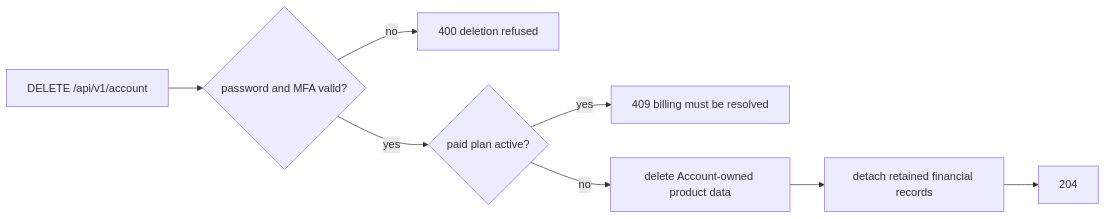
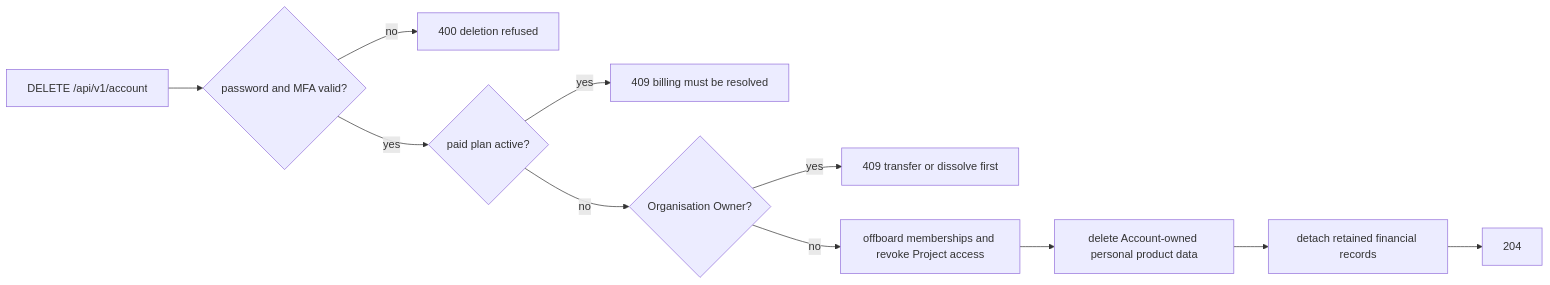
The diagram in docs/business_processes/account-delete.md (cognos-io/chat.cognos.io), drawn with Mermaid before and after one commit. The commit also changed other lines of this file and 17 other files, not shown here.

First line of the commit message:
fix(account): preserve organisation data on account deletion

````diff
--- a/docs/business_processes/account-delete.md
+++ b/docs/business_processes/account-delete.md
@@ -28,10 +27,13 @@
 ```mermaid
 flowchart LR
   A[DELETE /api/v1/account] --> S{password and MFA valid?}
   S -- no --> R[400 deletion refused]
   S -- yes --> B{paid plan active?}
   B -- yes --> C[409 billing must be resolved]
-  B -- no --> D[delete Account-owned product data]
+  B -- no --> O{Organisation Owner?}
+  O -- yes --> T[409 transfer or dissolve first]
+  O -- no --> M[offboard memberships and revoke Project access]
+  M --> D[delete Account-owned personal product data]
   D --> E[detach retained financial records]
   E --> F[204]
 ```
````
